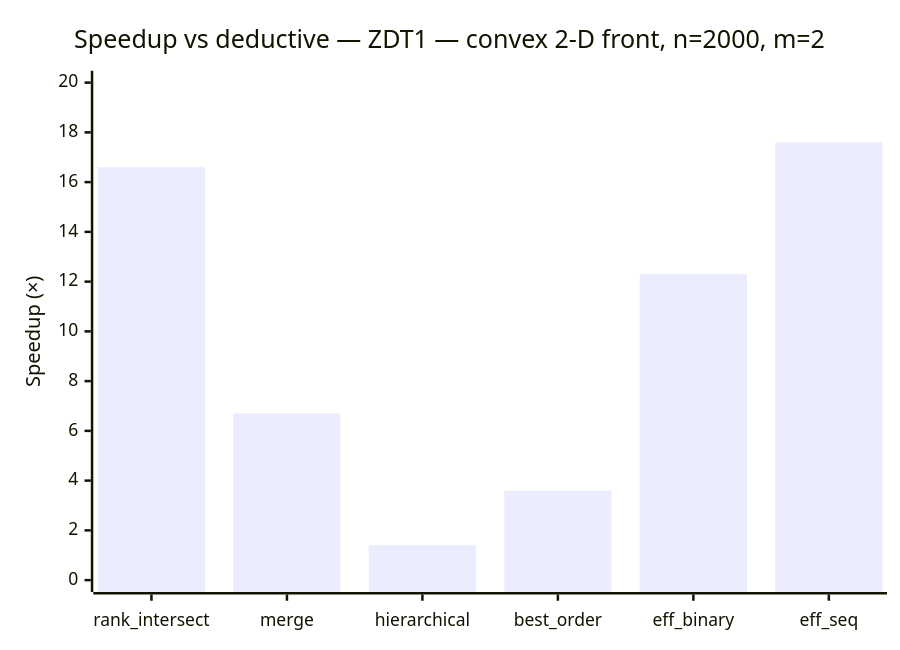
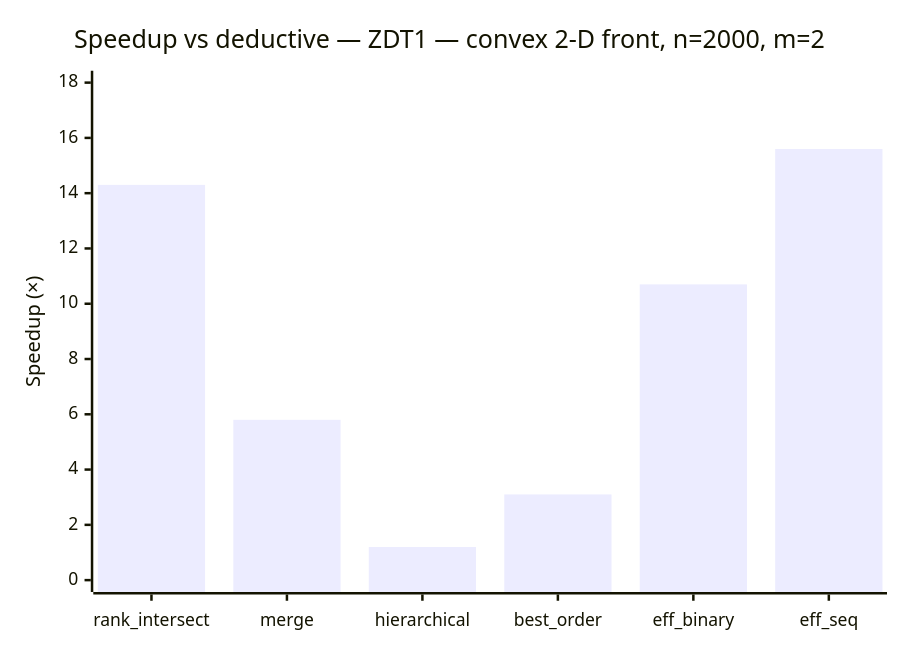
The seventh of 8 diagrams in BENCHMARKS.md (foolnotion/ndsort), drawn with Mermaid before and after one commit. The commit also changed other lines of this file and 4 other files, not shown here.

````diff
--- a/BENCHMARKS.md
+++ b/BENCHMARKS.md
@@ -192,7 +189,7 @@
 ```mermaid
 xychart-beta
     title "Speedup vs deductive — ZDT1 — convex 2-D front, n=2000, m=2"
     x-axis ["rank_intersect", "merge", "hierarchical", "best_order", "eff_binary", "eff_seq"]
-    y-axis "Speedup (×)" 0 --> 20
-    bar [16.6, 6.7, 1.4, 3.6, 12.3, 17.6]
+    y-axis "Speedup (×)" 0 --> 18
+    bar [14.3, 5.8, 1.2, 3.1, 10.7, 15.6]
 ```
````
